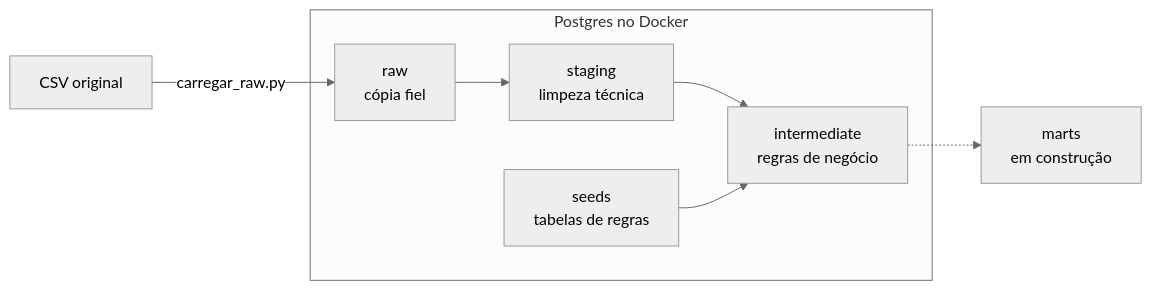
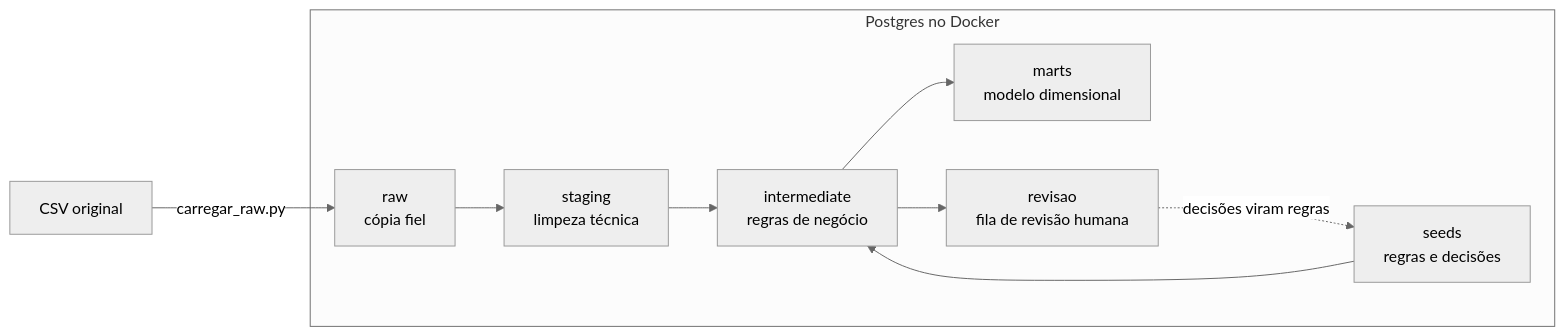
Before and after one commit to tati0wh/brecho-pipeline: the first of 2 diagrams in README.md, drawn with Mermaid (neutral theme). The commit also changed other lines of this file, not shown here.

Commit message:
README: modelo dimensional, fila de revisão, hierarquia de marcas e achados

````diff
--- a/README.md
+++ b/README.md
@@ -25,12 +27,13 @@
 ```mermaid
 flowchart LR
     CSV[CSV original] -->|carregar_raw.py| RAW
 
     subgraph Postgres [Postgres no Docker]
         RAW[raw<br/>cópia fiel] --> STG[staging<br/>limpeza técnica]
         STG --> INT[intermediate<br/>regras de negócio]
-        SEEDS[seeds<br/>tabelas de regras] --> INT
+        SEEDS[seeds<br/>regras e decisões] --> INT
+        INT --> MARTS[marts<br/>modelo dimensional]
+        INT --> REV[revisao<br/>fila de revisão humana]
+        REV -.->|decisões viram regras| SEEDS
     end
-
-    INT -.-> MARTS[marts<br/>em construção]
 ```
````
